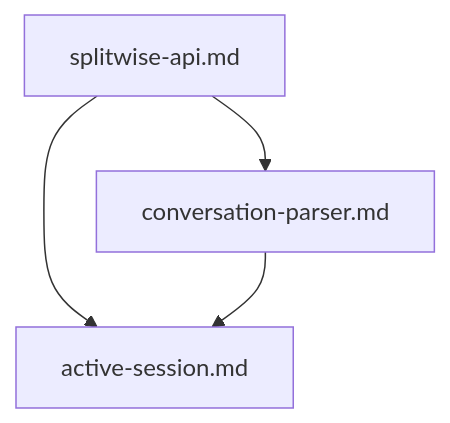
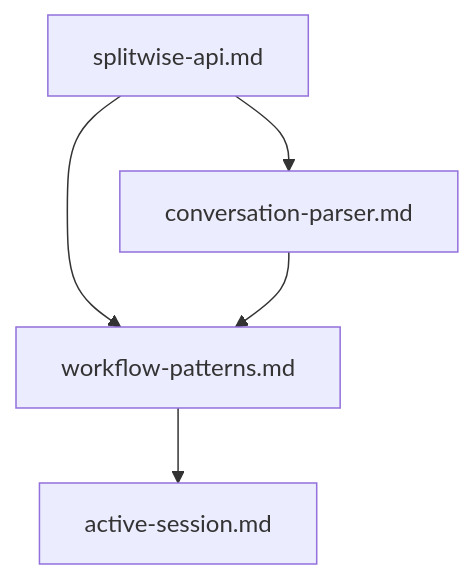
The first of 2 diagrams in docs/memory_bank/README.md (RadonX/splitsmart), drawn with Mermaid before and after one commit. The commit also changed other lines of this file and 4 other files, not shown here.

````diff
--- a/docs/memory_bank/README.md
+++ b/docs/memory_bank/README.md
@@ -9,6 +9,7 @@
 ```mermaid
 flowchart TD
     API[splitwise-api.md] --> PARSER[conversation-parser.md]
-    API --> SESSION[active-session.md]
-    PARSER --> SESSION
+    API --> WORKFLOW[workflow-patterns.md]
+    PARSER --> WORKFLOW
+    WORKFLOW --> SESSION[active-session.md]
 ```
````
